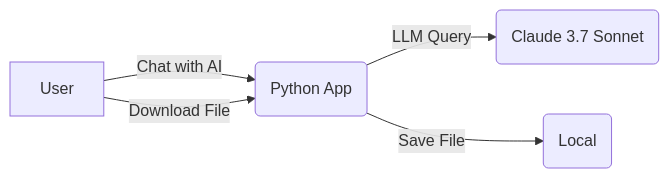
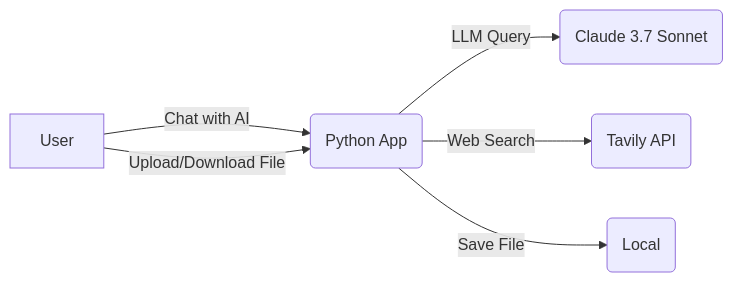
The first of 2 diagrams in packages/app/SPEC.md (haandol/alps-writer), drawn with Mermaid before and after one commit. The commit also changed other lines of this file, not shown here.

````diff
--- a/packages/app/SPEC.md
+++ b/packages/app/SPEC.md
@@ -81,7 +77,8 @@
 ```mermaid
 flowchart LR
     User -- "Chat with AI" --> Chainlit(Python App)
     Chainlit -- "LLM Query" --> Bedrock(Claude 3.7 Sonnet)
+    Chainlit -- "Web Search" --> Tavily(Tavily API)
     Chainlit -- "Save File" --> FileSystem(Local)
-    User -- "Download File" --> Chainlit
+    User -- "Upload/Download File" --> Chainlit
 ```
````
